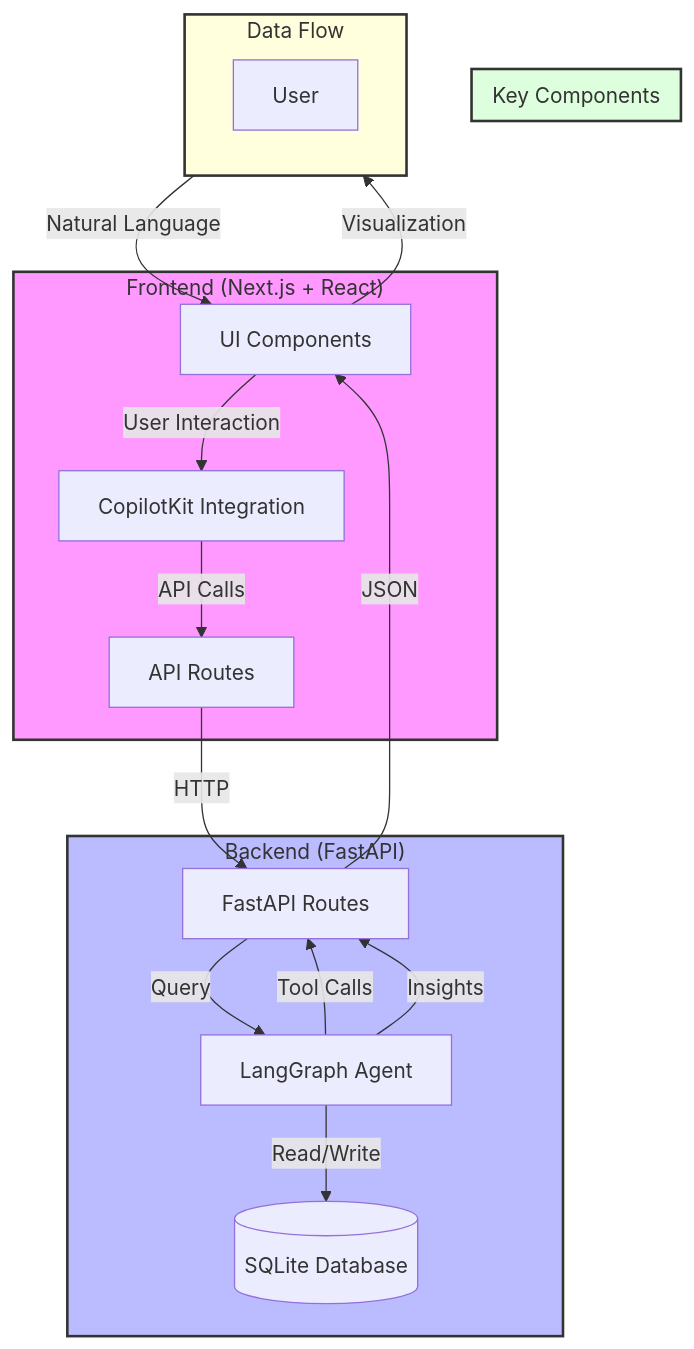
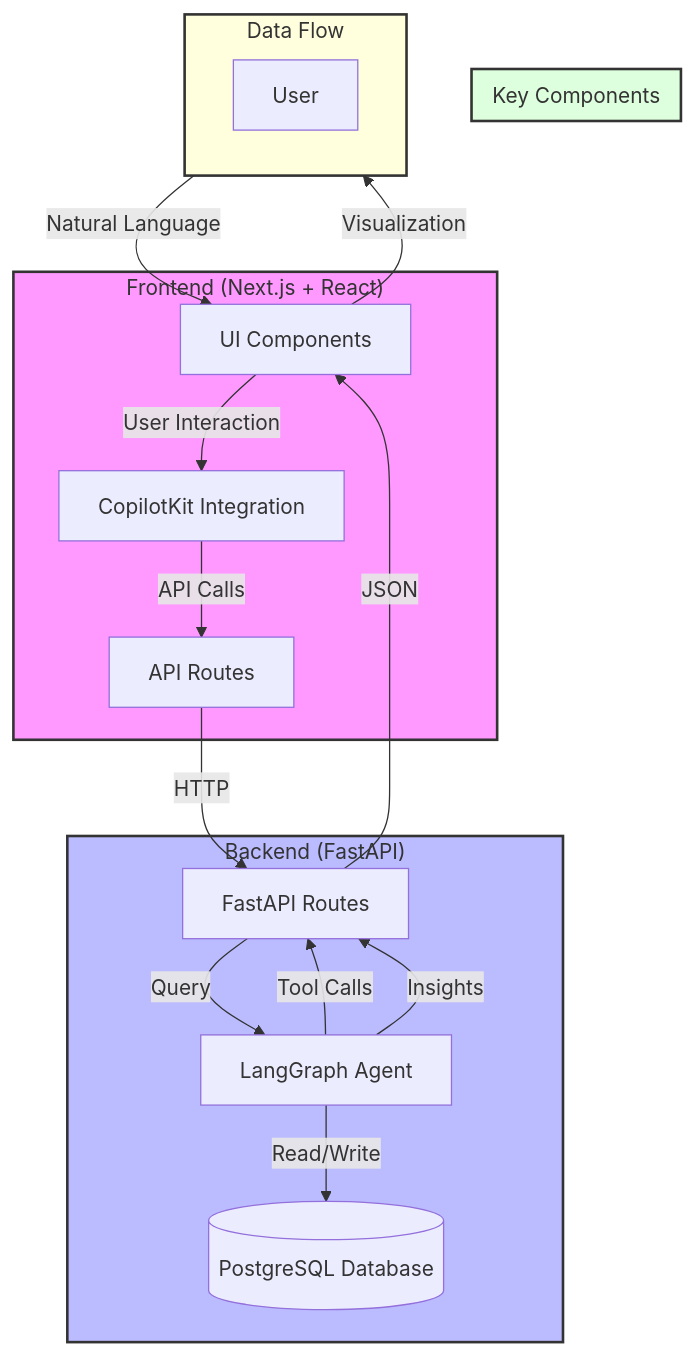
The diagram in README.md (shinelin-samuel/copilot-dashboard), drawn with Mermaid before and after one commit. The commit also changed other lines of this file and 8 other files, not shown here.

Commit message:
PostgreSQL migration (initial changes)

````diff
--- a/README.md
+++ b/README.md
@@ -13,36 +13,36 @@
 ```mermaid
 graph TB
     subgraph Frontend["Frontend (Next.js + React)"]
         UI[UI Components]
         CK[CopilotKit Integration]
         API[API Routes]
     end
 
     subgraph Backend["Backend (FastAPI)"]
         AG[LangGraph Agent]
-        DB[(SQLite Database)]
+        DB[(PostgreSQL Database)]
         API_R[FastAPI Routes]
     end
 
     subgraph Components["Key Components"]
         UI --> |User Interaction| CK
         CK --> |API Calls| API
         API --> |HTTP| API_R
         API_R --> |Query| AG
         AG --> |Read/Write| DB
         AG --> |Tool Calls| API_R
     end
 
     subgraph Data["Data Flow"]
         direction LR
         User[User] --> |Natural Language| UI
         UI --> |Visualization| User
         AG --> |Insights| API_R
         API_R --> |JSON| UI
     end
 
     style Frontend fill:#f9f,stroke:#333,stroke-width:2px
     style Backend fill:#bbf,stroke:#333,stroke-width:2px
     style Components fill:#dfd,stroke:#333,stroke-width:2px
     style Data fill:#ffd,stroke:#333,stroke-width:2px
 ```
````
